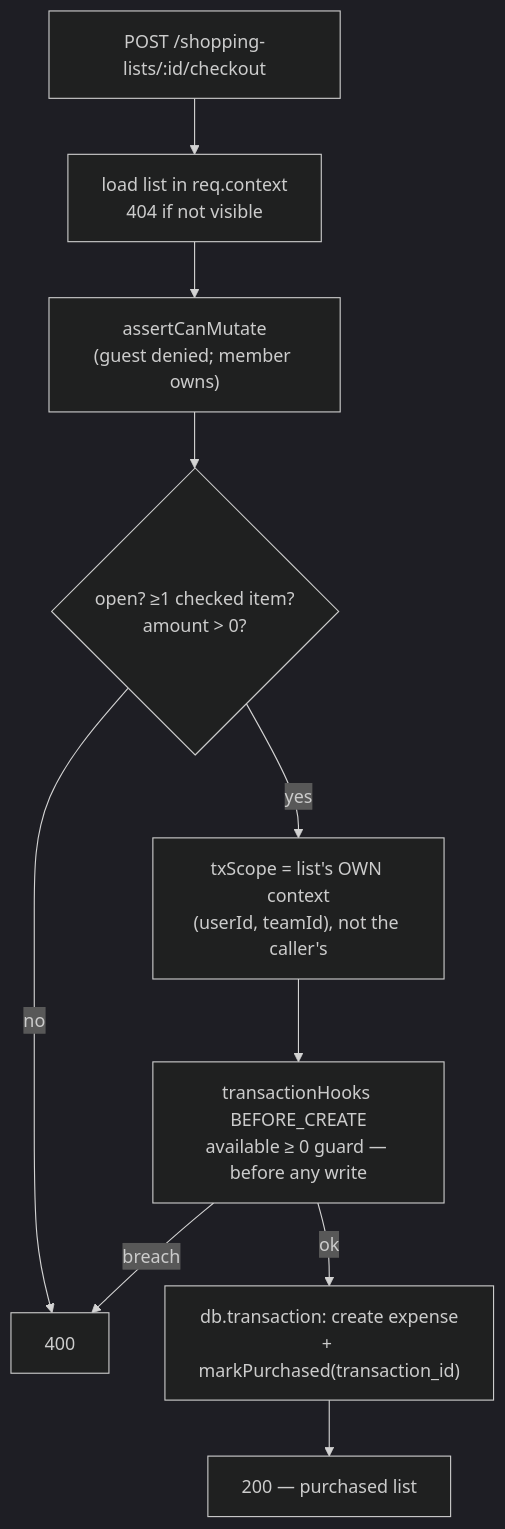
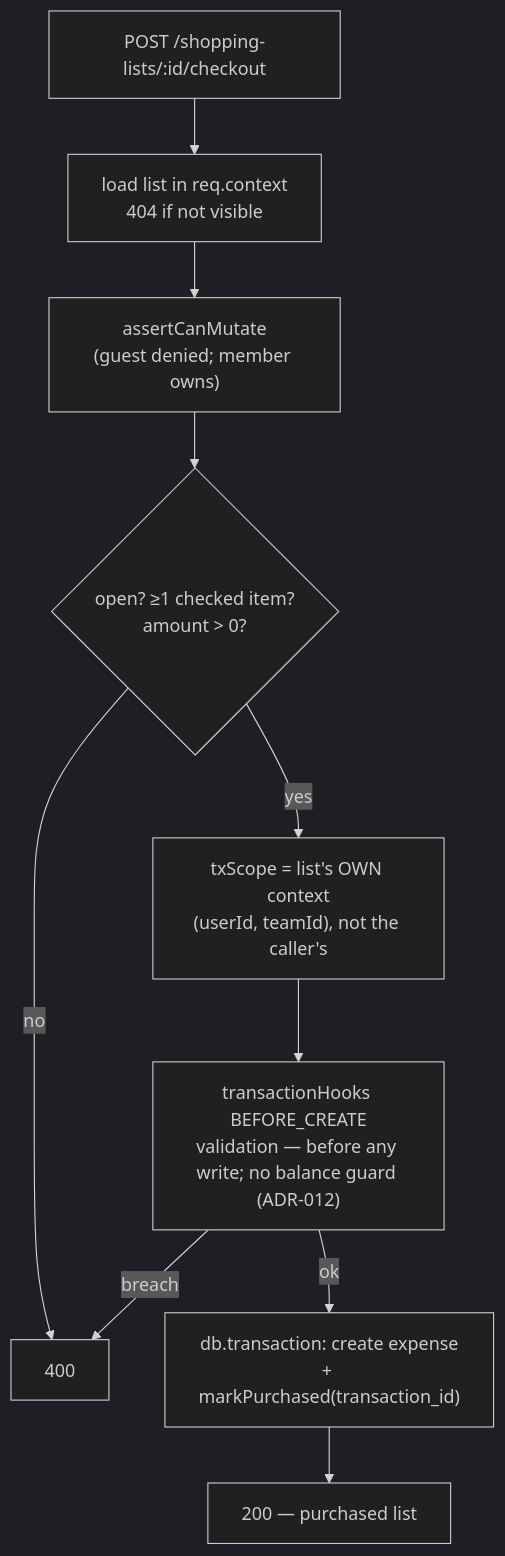
One commit to JayroGG/balance changed the seventh of 8 diagrams in ARCHITECTURE.md. Above: the diagram before and after it, drawn with Mermaid (dark theme). The commit also changed other lines of this file and 38 other files, not shown here.

````diff
--- a/ARCHITECTURE.md
+++ b/ARCHITECTURE.md
@@ -195,12 +229,12 @@
 ```mermaid
 flowchart TD
     A["POST /shopping-lists/:id/checkout"] --> B["load list in req.context<br/>404 if not visible"]
     B --> C["assertCanMutate<br/>(guest denied; member owns)"]
     C --> D{"open? ≥1 checked item?<br/>amount > 0?"}
     D -- no --> X["400"]
     D -- yes --> E["txScope = list's OWN context<br/>(userId, teamId), not the caller's"]
-    E --> F["transactionHooks BEFORE_CREATE<br/>available ≥ 0 guard — before any write"]
+    E --> F["transactionHooks BEFORE_CREATE<br/>validation — before any write; no balance guard (ADR-012)"]
     F -- breach --> X
     F -- ok --> G["db.transaction: create expense<br/>+ markPurchased(transaction_id)"]
     G --> H["200 — purchased list"]
 ```
````
